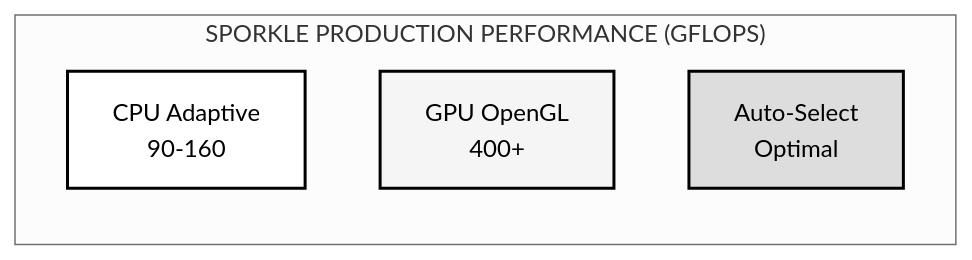
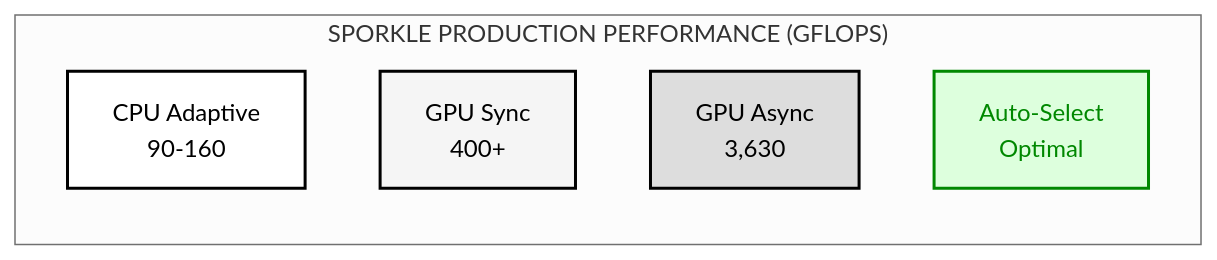
One commit to LynnColeArt/sparkle changed the first of 3 diagrams in README.md. Above: the diagram before and after it, drawn with Mermaid. The commit also changed other lines of this file and 24 other files, not shown here.

First line of the commit message:
feat: Integrate GPU async executor with 6.5x speedup into production

````diff
--- a/README.md
+++ b/README.md
@@ -11,13 +11,15 @@
 ```mermaid
 %%{init: {'theme':'neutral', 'themeVariables': {'primaryColor':'#fff','primaryTextColor':'#000','primaryBorderColor':'#000','lineColor':'#000','secondaryColor':'#f5f5f5','tertiaryColor':'#ddd','background':'#fff','mainBkg':'#fff','secondBkg':'#f5f5f5','tertiaryBkg':'#ddd'}}}%%
 graph LR
     subgraph Performance["SPORKLE PRODUCTION PERFORMANCE (GFLOPS)"]
         CPU["CPU Adaptive<br/>90-160"]:::white
-        GPU1["GPU OpenGL<br/>400+"]:::light
-        AUTO["Auto-Select<br/>Optimal"]:::dark
+        GPU1["GPU Sync<br/>400+"]:::light
+        GPU2["GPU Async<br/>3,630"]:::dark
+        AUTO["Auto-Select<br/>Optimal"]:::green
     end
     
     classDef white fill:#fff,stroke:#000,stroke-width:2px,color:#000
     classDef light fill:#f5f5f5,stroke:#000,stroke-width:2px,color:#000
     classDef dark fill:#ddd,stroke:#000,stroke-width:2px,color:#000
+    classDef green fill:#dfd,stroke:#080,stroke-width:2px,color:#080
 ```
````
